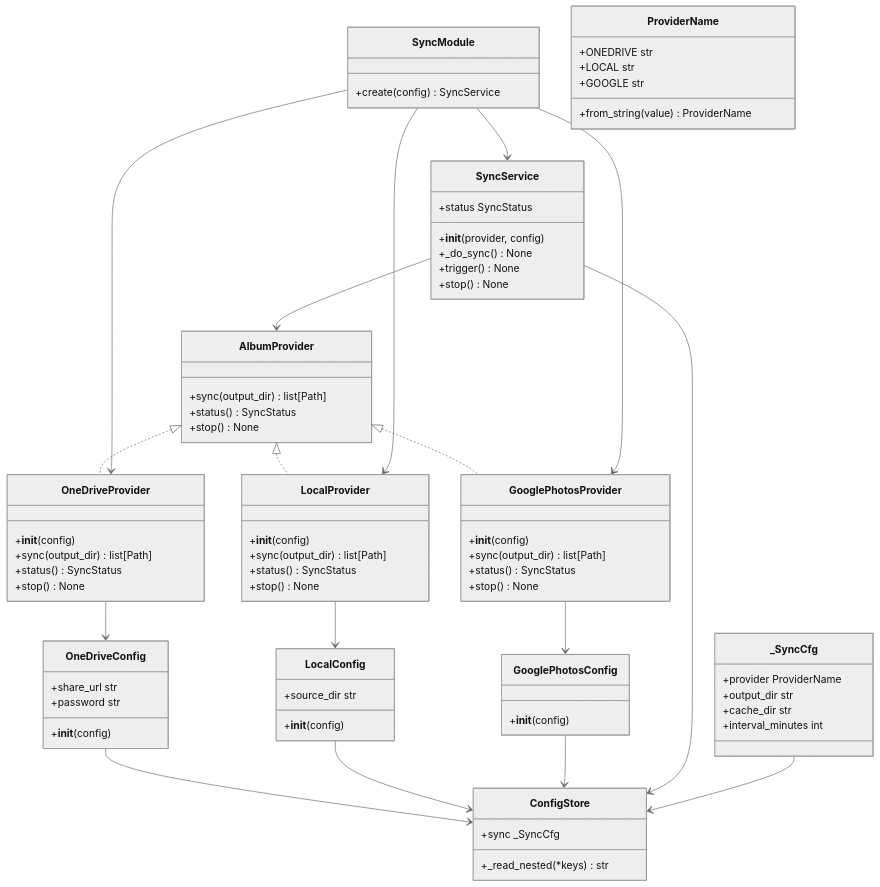
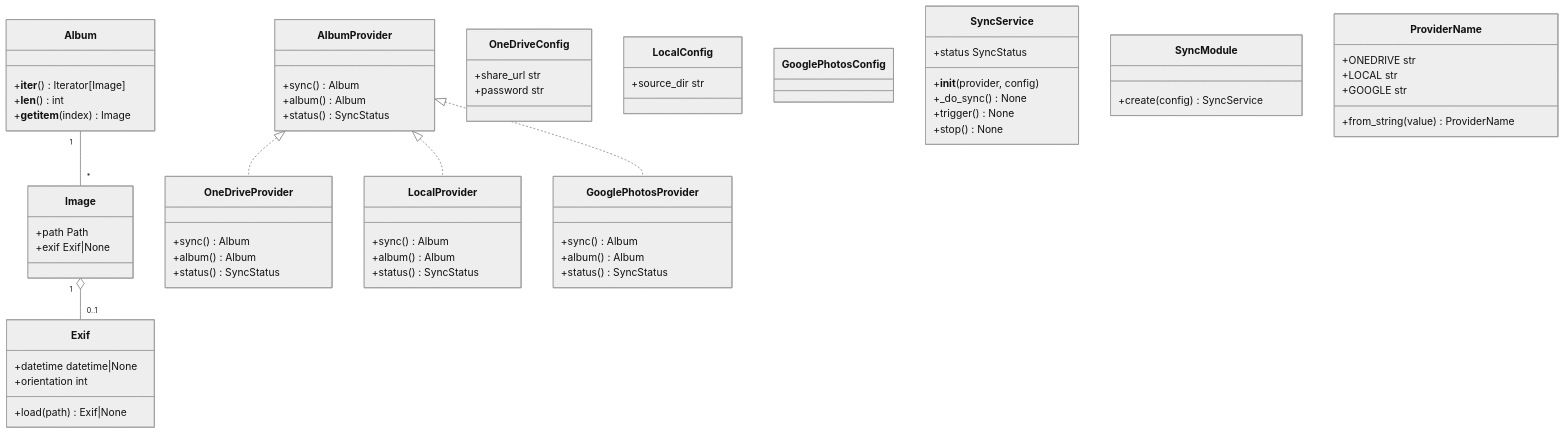
Before and after one commit to njurgens/digital-frame: the diagram in .features/active/issue-43-album-provider/DESIGN.md, drawn with Mermaid (neutral theme). The commit also changed other lines of this file and 2 other files, not shown here.

````diff
--- a/.features/active/issue-43-album-provider/DESIGN.md
+++ b/.features/active/issue-43-album-provider/DESIGN.md
@@ -80,80 +75,67 @@
 ```mermaid
 classDiagram
     class AlbumProvider {
-        +sync(output_dir) list[Path]
+        +sync() Album
+        +album() Album
         +status() SyncStatus
-        +stop() None
+    }
+    class Image {
+        +path Path
+        +exif Exif|None
+    }
+    class Exif {
+        +datetime datetime|None
+        +orientation int
+        +load(path) Exif|None
+    }
+    class Album {
+        +__iter__() Iterator[Image]
+        +__len__() int
+        +__getitem__(index) Image
     }
     class OneDriveConfig {
-        +__init__(config)
         +share_url str
         +password str
     }
     class LocalConfig {
-        +__init__(config)
         +source_dir str
     }
     class GooglePhotosConfig {
-        +__init__(config)
     }
     class OneDriveProvider {
-        +__init__(config)
-        +sync(output_dir) list[Path]
+        +sync() Album
+        +album() Album
         +status() SyncStatus
-        +stop() None
     }
     class LocalProvider {
-        +__init__(config)
-        +sync(output_dir) list[Path]
+        +sync() Album
+        +album() Album
         +status() SyncStatus
-        +stop() None
     }
     class GooglePhotosProvider {
-        +__init__(config)
-        +sync(output_dir) list[Path]
+        +sync() Album
+        +album() Album
         +status() SyncStatus
-        +stop() None
     }
     class SyncService {
         +__init__(provider, config)
         +_do_sync() None
         +trigger() None
         +stop() None
         +status SyncStatus
     }
     class SyncModule {
         +create(config) SyncService
     }
     class ProviderName {
         +ONEDRIVE str
         +LOCAL str
         +GOOGLE str
         +from_string(value) ProviderName
     }
-    class ConfigStore {
-        +sync _SyncCfg
-        +_read_nested(*keys) str
-    }
-    class _SyncCfg {
-        +provider ProviderName
-        +output_dir str
-        +cache_dir str
-        +interval_minutes int
-    }
     AlbumProvider <|.. OneDriveProvider
     AlbumProvider <|.. LocalProvider
     AlbumProvider <|.. GooglePhotosProvider
-    OneDriveConfig --> ConfigStore
-    LocalConfig --> ConfigStore
-    GooglePhotosConfig --> ConfigStore
-    OneDriveProvider --> OneDriveConfig
-    LocalProvider --> LocalConfig
-    GooglePhotosProvider --> GooglePhotosConfig
-    SyncService --> AlbumProvider
-    SyncService --> ConfigStore
-    SyncModule --> SyncService
-    SyncModule --> OneDriveProvider
-    SyncModule --> LocalProvider
-    SyncModule --> GooglePhotosProvider
-    _SyncCfg --> ConfigStore
+    Album "1" -- "*" Image
+    Image "1" o-- "0..1" Exif
 ```
````
